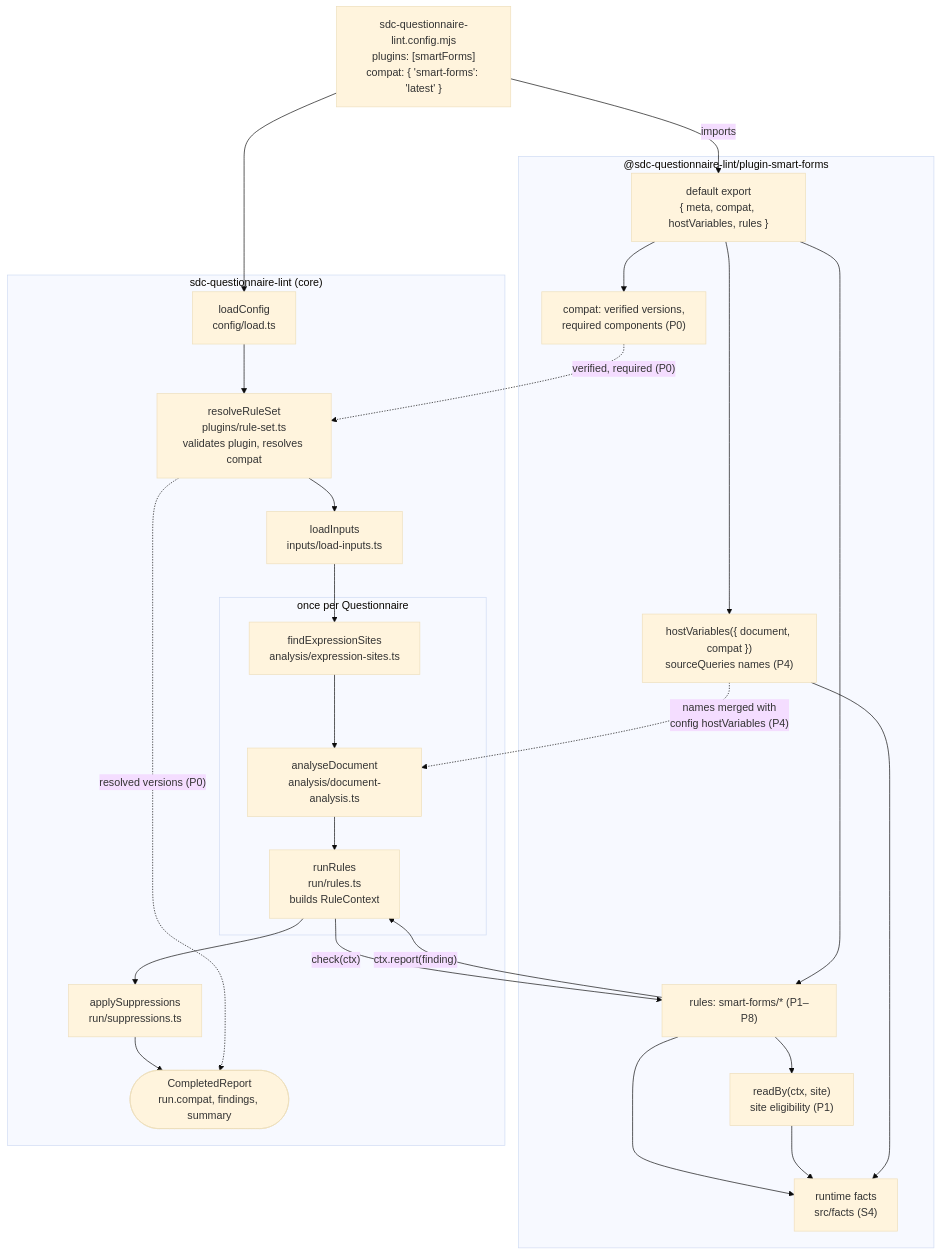
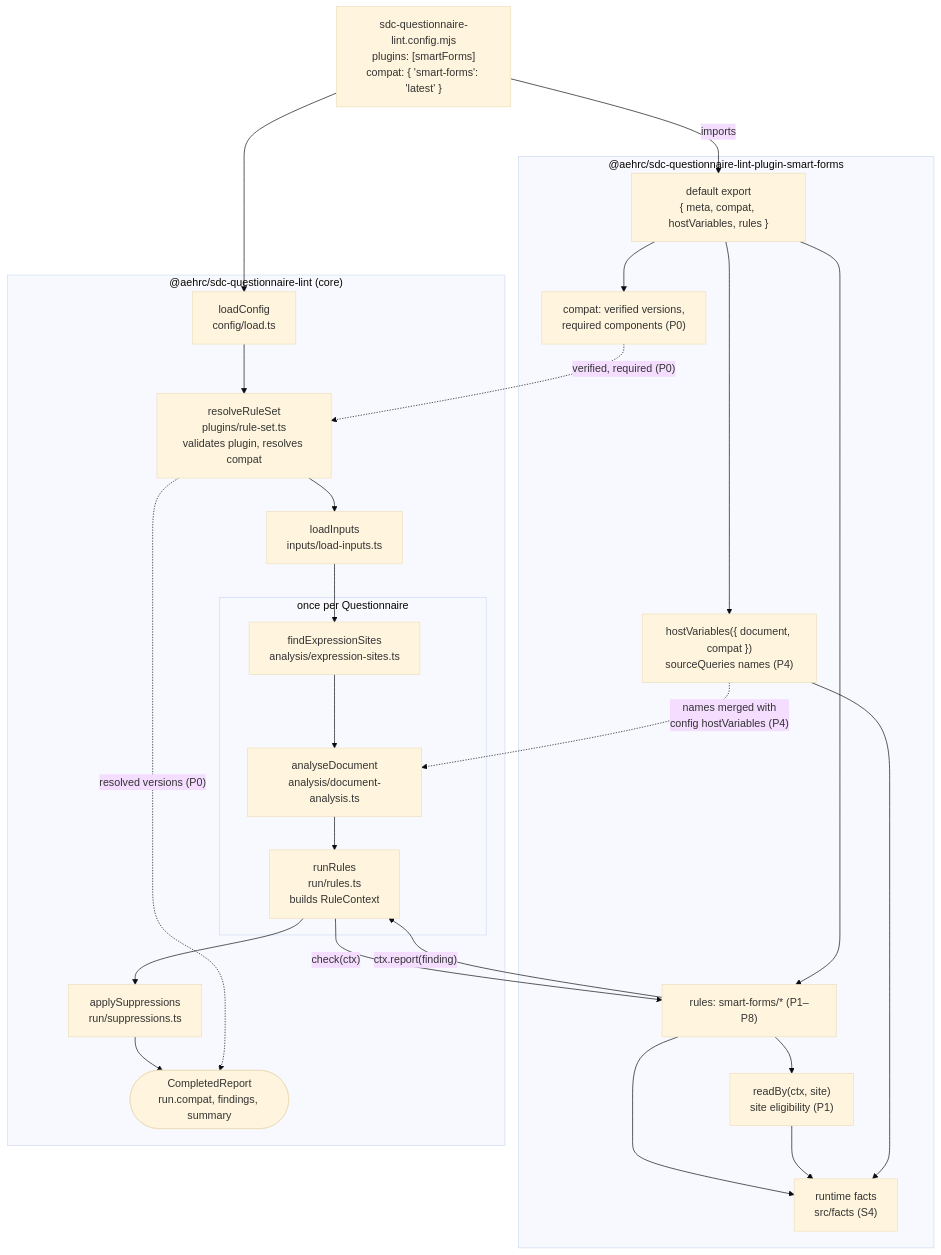
The first of 3 diagrams in docs/smart-forms-rules.md (aehrc/sdc-questionnaire-lint), drawn with Mermaid (base theme) before and after one commit. The commit also changed 66 other files, not shown here.

````diff
--- a/docs/smart-forms-rules.md
+++ b/docs/smart-forms-rules.md
@@ -69,40 +69,40 @@
 ```mermaid
 flowchart TD
   config["sdc-questionnaire-lint.config.mjs<br/>plugins: [smartForms]<br/>compat: { 'smart-forms': 'latest' }"]
 
-  subgraph plugin["@sdc-questionnaire-lint/plugin-smart-forms"]
+  subgraph plugin["@aehrc/sdc-questionnaire-lint-plugin-smart-forms"]
     entry["default export<br/>{ meta, compat, hostVariables, rules }"]
     versions["compat: verified versions,<br/>required components (P0)"]
     hook["hostVariables({ document, compat })<br/>sourceQueries names (P4)"]
     rules["rules: smart-forms/* (P1–P8)"]
     eligible["readBy(ctx, site)<br/>site eligibility (P1)"]
     facts["runtime facts<br/>src/facts (S4)"]
     entry --> versions
     entry --> hook
     entry --> rules
     rules --> eligible
     rules --> facts
     eligible --> facts
     hook --> facts
   end
 
-  subgraph core["sdc-questionnaire-lint (core)"]
+  subgraph core["@aehrc/sdc-questionnaire-lint (core)"]
     loadConfig["loadConfig<br/>config/load.ts"] --> resolveRuleSet["resolveRuleSet<br/>plugins/rule-set.ts<br/>validates plugin, resolves compat"]
     resolveRuleSet --> loadInputs["loadInputs<br/>inputs/load-inputs.ts"]
     loadInputs --> sites
     subgraph perDocument["once per Questionnaire"]
       sites["findExpressionSites<br/>analysis/expression-sites.ts"] --> analyse["analyseDocument<br/>analysis/document-analysis.ts"]
       analyse --> runRules["runRules<br/>run/rules.ts<br/>builds RuleContext"]
     end
     runRules --> suppress["applySuppressions<br/>run/suppressions.ts"]
     suppress --> report(["CompletedReport<br/>run.compat, findings, summary"])
   end
 
   config -->|"imports"| entry
   config --> loadConfig
   versions -.->|"verified, required (P0)"| resolveRuleSet
   resolveRuleSet -.->|"resolved versions (P0)"| report
   hook -.->|"names merged with<br/>config hostVariables (P4)"| analyse
   runRules -->|"check(ctx)"| rules
   rules -->|"ctx.report(finding)"| runRules
 ```
````
